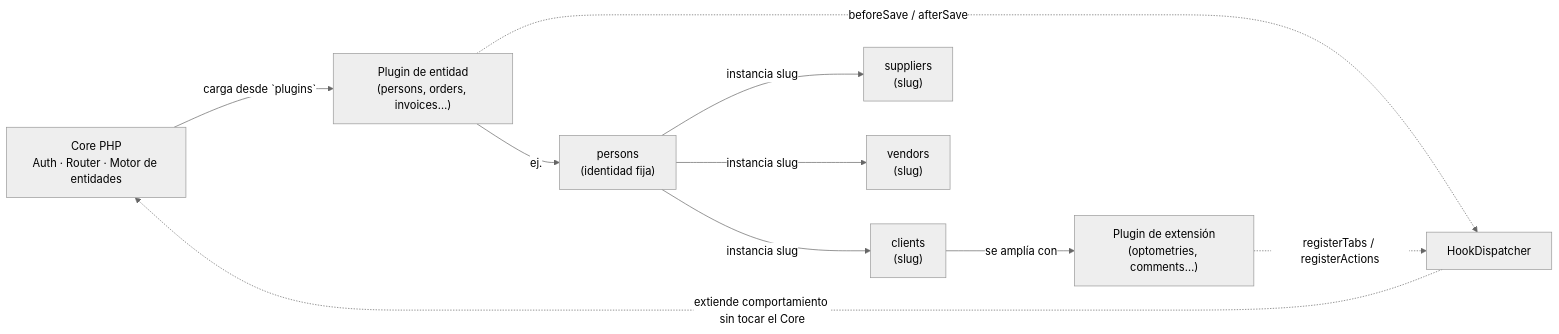
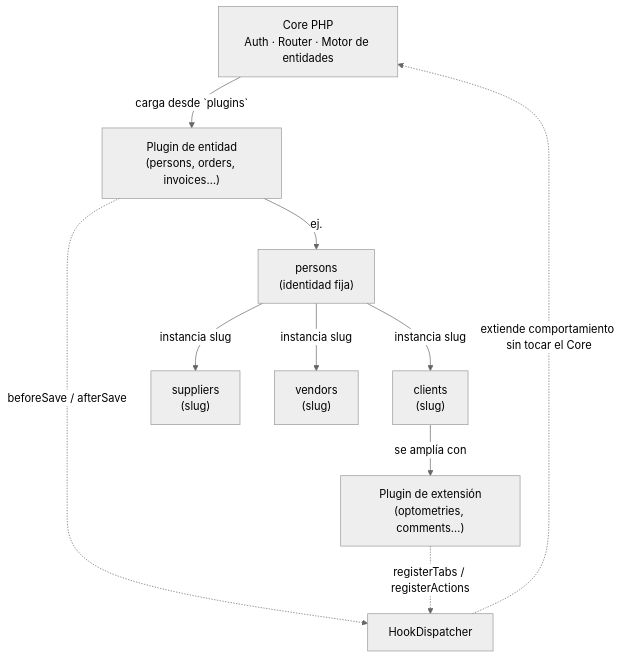
The diagram in README.md (brass4study/xestify), drawn with Mermaid (neutral theme) before and after one commit.

Commit message:
docs: cambiar diagrama del README a orientacion vertical
- README.md: el diagrama Mermaid de "Como funciona" pasa de `flowchart LR`
  a `flowchart TD` para mejorar la legibilidad con los nuevos nodos de
  instancias de persons.

````diff
--- a/README.md
+++ b/README.md
@@ -70,21 +70,21 @@
 ```mermaid
-flowchart LR
+flowchart TD
     Core["Core PHP<br/>Auth · Router · Motor de entidades"]
     EntityPlugin["Plugin de entidad<br/>(persons, orders, invoices…)"]
     Persons["persons<br/>(identidad fija)"]
     Clients["clients<br/>(slug)"]
     Suppliers["suppliers<br/>(slug)"]
     Vendors["vendors<br/>(slug)"]
     ExtPlugin["Plugin de extensión<br/>(optometries, comments…)"]
     Hooks["HookDispatcher"]
 
     Core -->|carga desde `plugins`| EntityPlugin
     EntityPlugin -->|ej.| Persons
     Persons -->|instancia slug| Clients
     Persons -->|instancia slug| Suppliers
     Persons -->|instancia slug| Vendors
     Clients -->|se amplía con| ExtPlugin
     EntityPlugin -.->|beforeSave / afterSave| Hooks
     ExtPlugin -.->|registerTabs / registerActions| Hooks
     Hooks -.->|extiende comportamiento sin tocar el Core| Core
 ```
````
